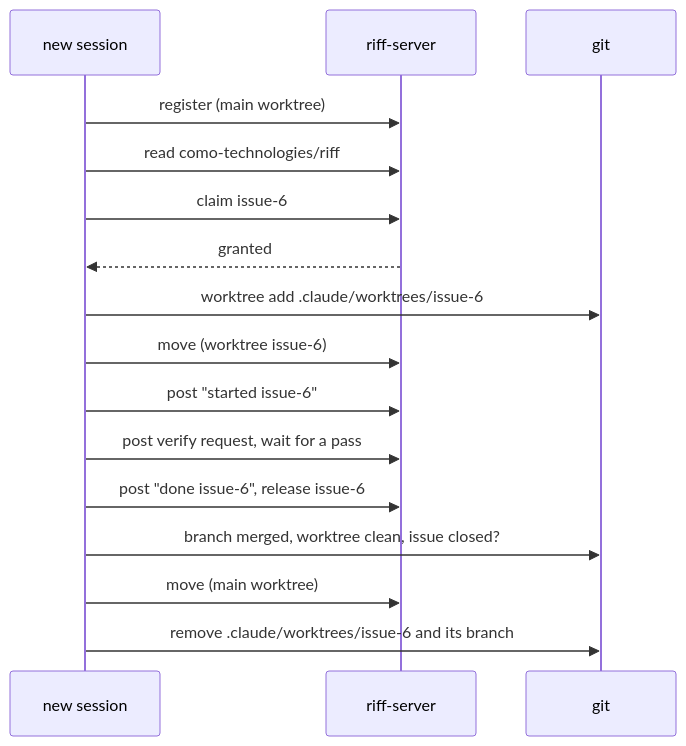
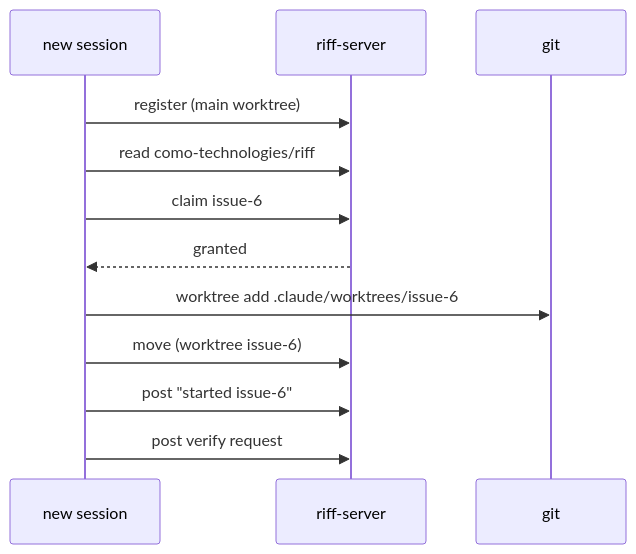
Before and after one commit to como-technologies/riff: diagram 18 of 56 in docs/src/how-it-works.md, drawn with Mermaid. The commit also changed other lines of this file and 15 other files, not shown here.

First line of the commit message:
The work of an author ends at the verify request: one context holds one item (#454)

````diff
--- a/docs/src/how-it-works.md
+++ b/docs/src/how-it-works.md
@@ -1312,18 +1314,14 @@
 ```mermaid
 sequenceDiagram
     participant S as new session
     participant E as riff-server
     participant G as git
     S->>E: register (main worktree)
     S->>E: read como-technologies/riff
     S->>E: claim issue-6
     E-->>S: granted
     S->>G: worktree add .claude/worktrees/issue-6
     S->>E: move (worktree issue-6)
     S->>E: post "started issue-6"
-    S->>E: post verify request, wait for a pass
-    S->>E: post "done issue-6", release issue-6
-    S->>G: branch merged, worktree clean, issue closed?
-    S->>E: move (main worktree)
-    S->>G: remove .claude/worktrees/issue-6 and its branch
+    S->>E: post verify request
 ```
````
